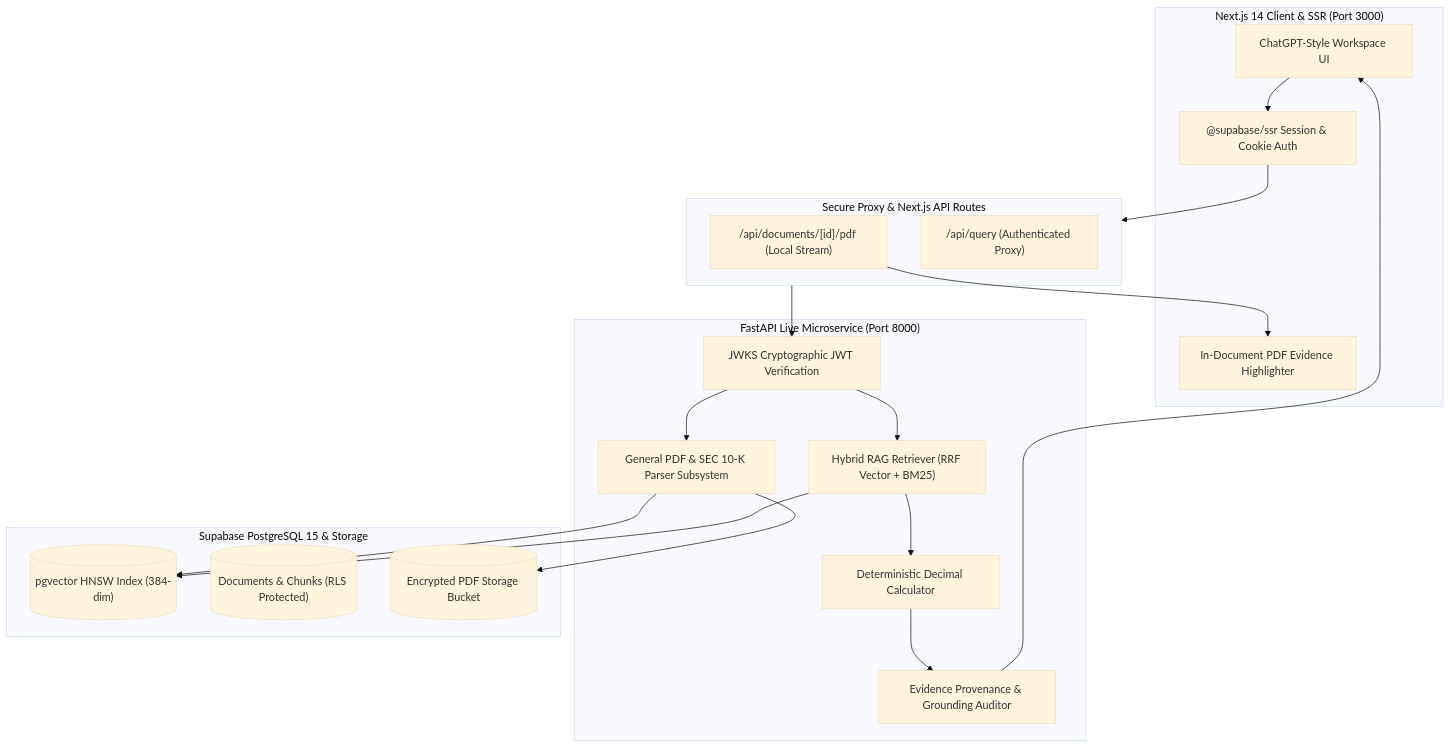
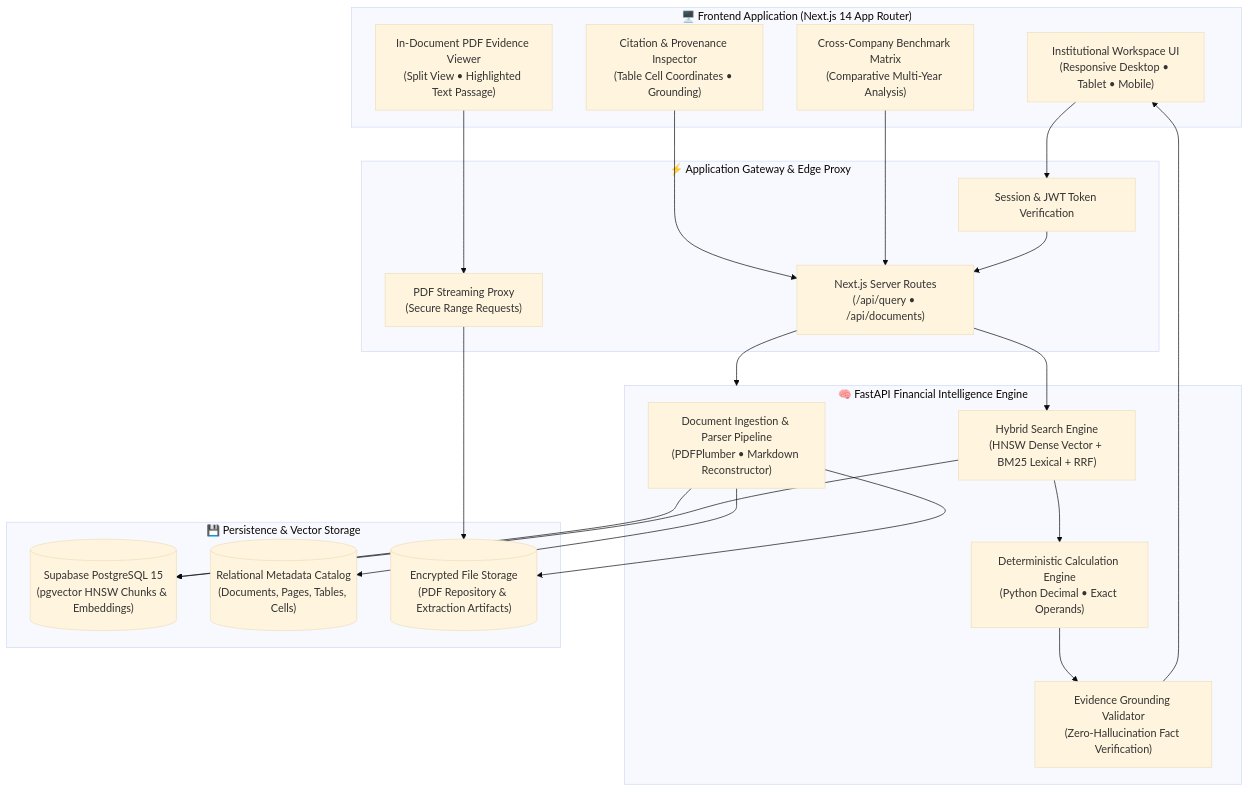
One commit to Prabhu-Jethi/Financial_Doc changed the diagram in README.md. Above: the diagram before and after it, drawn with Mermaid (base theme). The commit also changed other lines of this file and 2 other files, not shown here.

````diff
--- a/README.md
+++ b/README.md
@@ -15,40 +37,51 @@
 ```mermaid
 flowchart TD
-    subgraph Client["Next.js 14 Client & SSR (Port 3000)"]
-        UI["ChatGPT-Style Workspace UI"]
-        Viewer["In-Document PDF Evidence Highlighter"]
-        SSR["@supabase/ssr Session & Cookie Auth"]
+    subgraph ClientLayer["🖥️ Frontend Application (Next.js 14 App Router)"]
+        UI["Institutional Workspace UI\n(Responsive Desktop • Tablet • Mobile)"]
+        DocViewer["In-Document PDF Evidence Viewer\n(Split View • Highlighted Text Passage)"]
+        Inspector["Citation & Provenance Inspector\n(Table Cell Coordinates • Grounding)"]
+        MatrixView["Cross-Company Benchmark Matrix\n(Comparative Multi-Year Analysis)"]
     end
 
-    subgraph Gateway["Secure Proxy & Next.js API Routes"]
-        DocProxy["/api/documents/[id]/pdf (Local Stream)"]
-        QueryProxy["/api/query (Authenticated Proxy)"]
+    subgraph APIGateway["⚡ Application Gateway & Edge Proxy"]
+        AuthLayer["Session & JWT Token Verification"]
+        EdgeRoutes["Next.js Server Routes\n(/api/query • /api/documents)"]
+        StreamProxy["PDF Streaming Proxy\n(Secure Range Requests)"]
     end
 
-    subgraph Backend["FastAPI Live Microservice (Port 8000)"]
-        JWKS["JWKS Cryptographic JWT Verification"]
-        Retriever["Hybrid RAG Retriever (RRF Vector + BM25)"]
-        Calculator["Deterministic Decimal Calculator"]
-        EvidenceValidator["Evidence Provenance & Grounding Auditor"]
-        PDFParser["General PDF & SEC 10-K Parser Subsystem"]
+    subgraph ProcessingCore["🧠 FastAPI Financial Intelligence Engine"]
+        IngestionPipeline["Document Ingestion & Parser Pipeline\n(PDFPlumber • Markdown Reconstructor)"]
+        HybridRetriever["Hybrid Search Engine\n(HNSW Dense Vector + BM25 Lexical + RRF)"]
+        AuditLedger["Deterministic Calculation Engine\n(Python Decimal • Exact Operands)"]
+        EvidenceAuditor["Evidence Grounding Validator\n(Zero-Hallucination Fact Verification)"]
     end
 
-    subgraph DataLayer["Supabase PostgreSQL 15 & Storage"]
-        VectorDB[("pgvector HNSW Index (384-dim)")]
-        DocStore[("Documents & Chunks (RLS Protected)")]
-        FileStore[("Encrypted PDF Storage Bucket")]
+    subgraph DataPlane["💾 Persistence & Vector Storage"]
+        VectorDB[("Supabase PostgreSQL 15\n(pgvector HNSW Chunks & Embeddings)")]
+        DocStore[("Relational Metadata Catalog\n(Documents, Pages, Tables, Cells)")]
+        ObjectStore[("Encrypted File Storage\n(PDF Repository & Extraction Artifacts)")]
     end
 
-    UI --> SSR
-    SSR --> Gateway
-    Gateway --> JWKS
-    JWKS --> Retriever
-    JWKS --> PDFParser
-    PDFParser --> FileStore
-    PDFParser --> VectorDB
-    Retriever --> VectorDB
-    Retriever --> Calculator
-    Calculator --> EvidenceValidator
-    EvidenceValidator --> UI
-    DocProxy --> Viewer
+    %% Client Interactions
+    UI --> AuthLayer
+    DocViewer --> StreamProxy
+    Inspector --> EdgeRoutes
+    MatrixView --> EdgeRoutes
+
+    %% Gateway to Core
+    AuthLayer --> EdgeRoutes
+    EdgeRoutes --> ProcessingCore
+    StreamProxy --> ObjectStore
+
+    %% Ingestion Pipeline Flow
+    IngestionPipeline --> ObjectStore
+    IngestionPipeline --> DocStore
+    IngestionPipeline --> VectorDB
+
+    %% Query Pipeline Flow
+    EdgeRoutes --> HybridRetriever
+    HybridRetriever --> VectorDB
+    HybridRetriever --> AuditLedger
+    AuditLedger --> EvidenceAuditor
+    EvidenceAuditor --> UI
 ```
````
